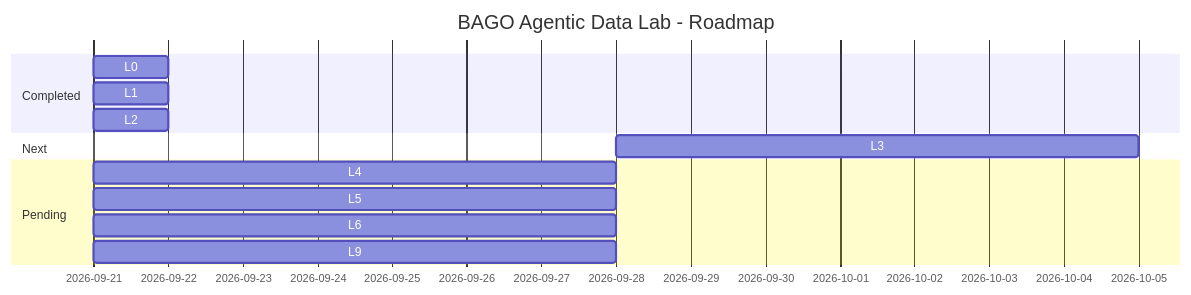
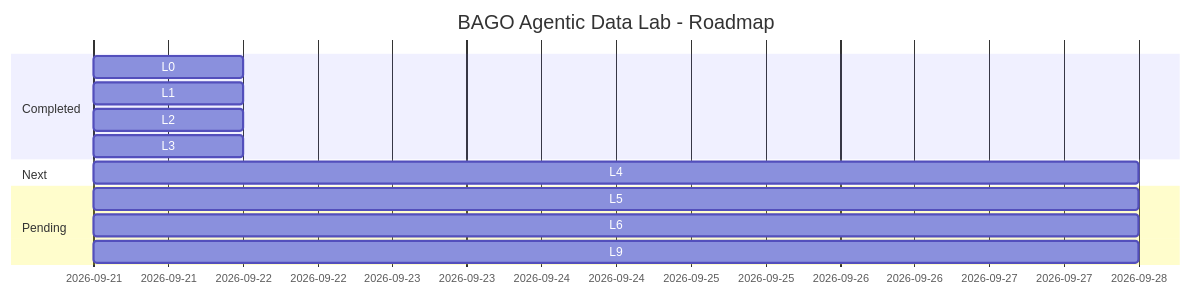
Before and after one commit to MarcValls/BAGO_AGENTIC_DATA_LAB: the diagram in README.md, drawn with Mermaid. The commit also changed other lines of this file and 18 other files, not shown here.

Commit message:
feat: add governed metadata ontology pipeline

````diff
--- a/README.md
+++ b/README.md
@@ -29,19 +29,19 @@
 ```mermaid
 gantt
     title BAGO Agentic Data Lab - Roadmap
     dateFormat  YYYY-MM-DD
     
     section Completed
     L0: Baseline           :done, 2026-09-21, 1d
     L1: LangGraph          :done, 2026-09-21, 1d
     L2: ETL Pipeline       :done, 2026-09-21, 1d
+    L3: Metadata            :done, 2026-09-21, 1d
     
     section Next
-    L3: Metadata           :active, 2026-09-28, 7d
+    L4: Governed RAG        :active, after L3, 7d
     
     section Pending
-    L4: Governed RAG       :crit, after L3, 7d
     L5: MCP                :crit, after L4, 7d
     L6: AWS Bedrock        :crit, after L5, 7d
     L9: End-to-End Agent   :crit, after L8, 7d
 ```
````
